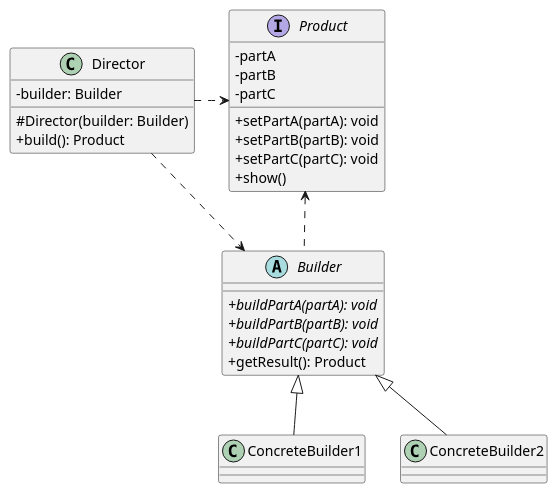
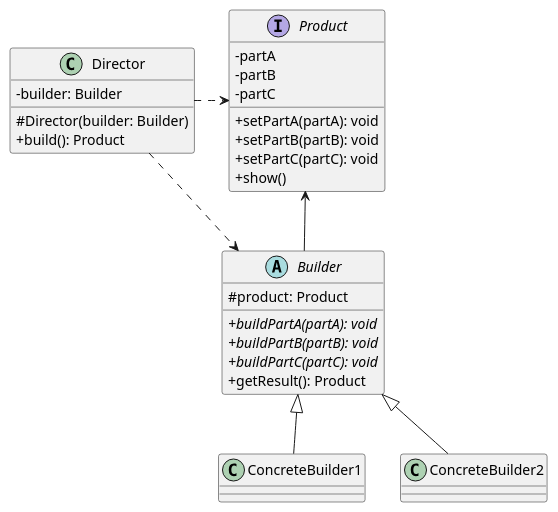
One commit to awamwang/develop-knowledge-graphic changed the diagram in docs/编程基础/设计模式/01创建型/06建造者模式.pu. Above: the diagram before and after it, drawn with PlantUML. The commit also changed 28 other files, not shown here.

```diff
--- a/docs/编程基础/设计模式/01创建型/06建造者模式.pu
+++ b/docs/编程基础/设计模式/01创建型/06建造者模式.pu
@@ -1,38 +1,39 @@
 @startuml 建造者模式
 skinparam classAttributeIconSize 0
 
 class Director {
   -builder: Builder
   #Director(builder: Builder)
   +build(): Product
 }
 together {
   ' class ConcreteProduct1 implements Product {}
   ' class ConcreteProduct2 implements Product {}
 }
 together {
   interface Product {
     -partA
     -partB
     -partC
     +setPartA(partA): void
     +setPartB(partB): void
     +setPartC(partC): void
     +show()
   }
   abstract class Builder {
+    #product: Product
     +{abstract} buildPartA(partA): void
     +{abstract} buildPartB(partB): void
     +{abstract} buildPartC(partC): void
     +getResult(): Product
   }
   class ConcreteBuilder1 extends Builder {}
   class ConcreteBuilder2 extends Builder {}
 }
 Director .> Product
 Director .> Builder
-Product <.. Builder
+Product <-- Builder
 ' ConcreteBuilder1 --> ConcreteProduct1
 ' ConcreteBuilder2 --> ConcreteProduct2
 
 @enduml 
```
